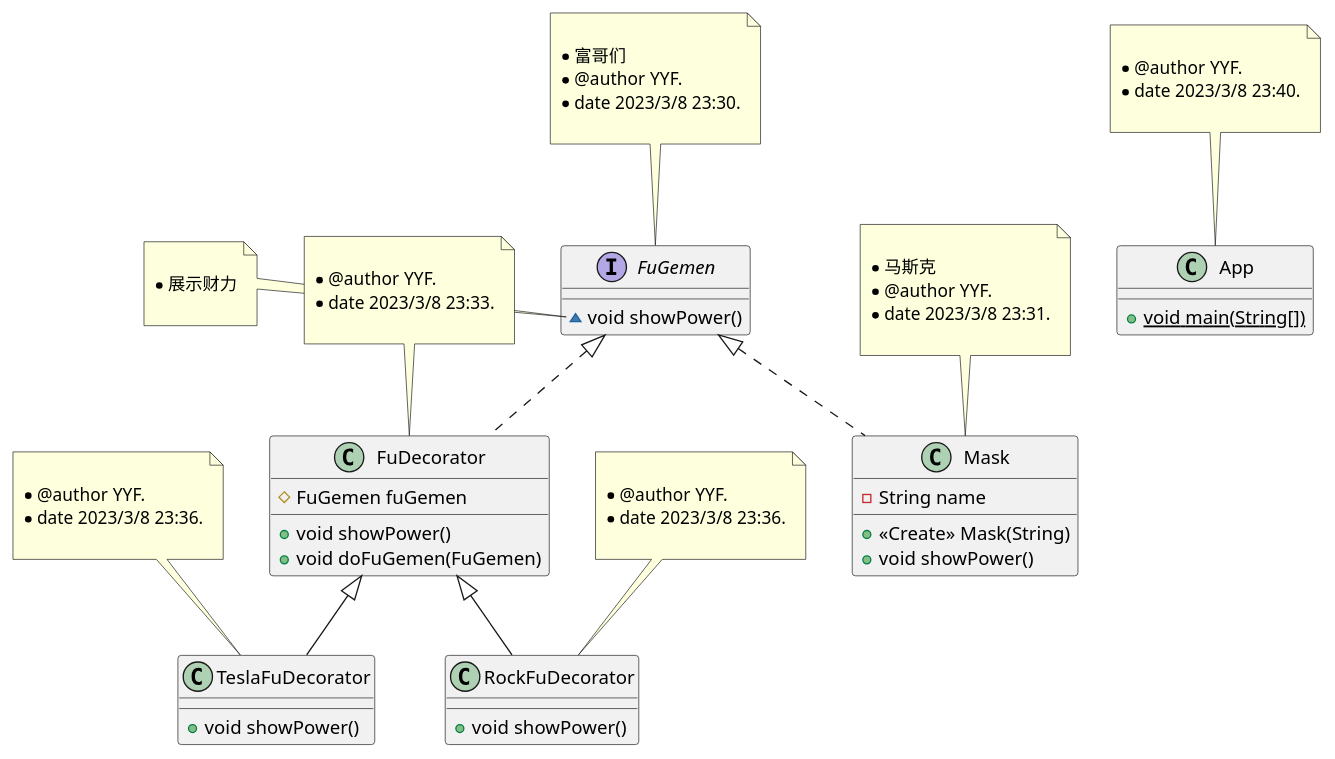
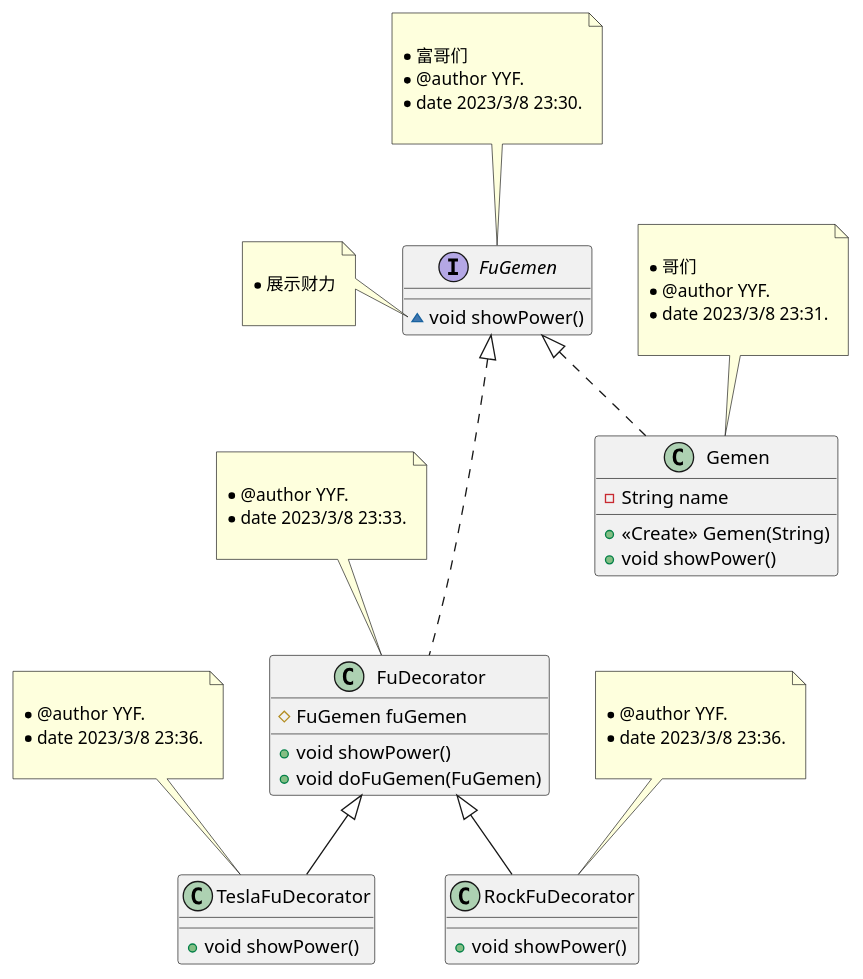
One commit to yuanyf417/DP changed the diagram in ch601.puml. Above: the diagram before and after it, drawn with PlantUML. The commit also changed 2 other files, not shown here.

Commit message:
fix: chp6.x uml

```diff
--- a/ch601.puml
+++ b/ch601.puml
@@ -1,79 +1,69 @@
 @startuml
 interface FuGemen {
 ~ void showPower()
 }
 note top of FuGemen
 
  * 富哥们
  * @author YYF.
  * date 2023/3/8 23:30.
  
 end note
 note left of FuGemen::showPower()
 
      * 展示财力
      
-end note
-
-class App {
-+ {static} void main(String[])
-}
-note top of App
-
- * @author YYF.
- * date 2023/3/8 23:40.
- 
 end note
 
 class FuDecorator {
 # FuGemen fuGemen
 + void showPower()
 + void doFuGemen(FuGemen)
 }
 note top of FuDecorator
 
  * @author YYF.
  * date 2023/3/8 23:33.
  
 end note
 
 class TeslaFuDecorator {
 + void showPower()
 }
 note top of TeslaFuDecorator
 
  * @author YYF.
  * date 2023/3/8 23:36.
  
 end note
 
 class RockFuDecorator {
 + void showPower()
 }
 note top of RockFuDecorator
 
  * @author YYF.
  * date 2023/3/8 23:36.
  
 end note
 
-class Mask {
+class Gemen {
 - String name
-+ <<Create>> Mask(String)
++ <<Create>> Gemen(String)
 + void showPower()
 }
-note top of Mask
+note top of Gemen
 
- * 马斯克
+ * 哥们
  * @author YYF.
  * date 2023/3/8 23:31.
  
 end note
 
 
 
-FuGemen <|.. FuDecorator
+FuGemen <|... FuDecorator
 FuDecorator <|-- TeslaFuDecorator
 FuDecorator <|-- RockFuDecorator
-FuGemen <|.. Mask
+FuGemen <|.. Gemen
 @enduml
```
